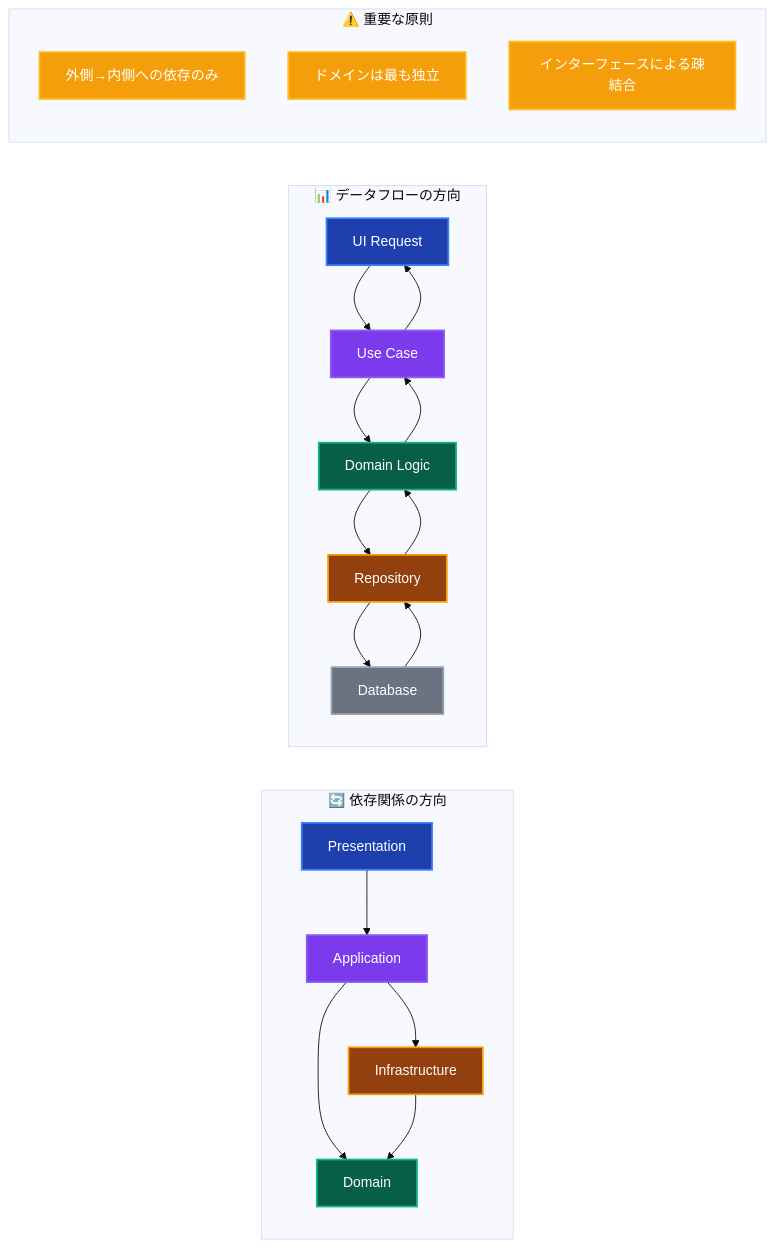
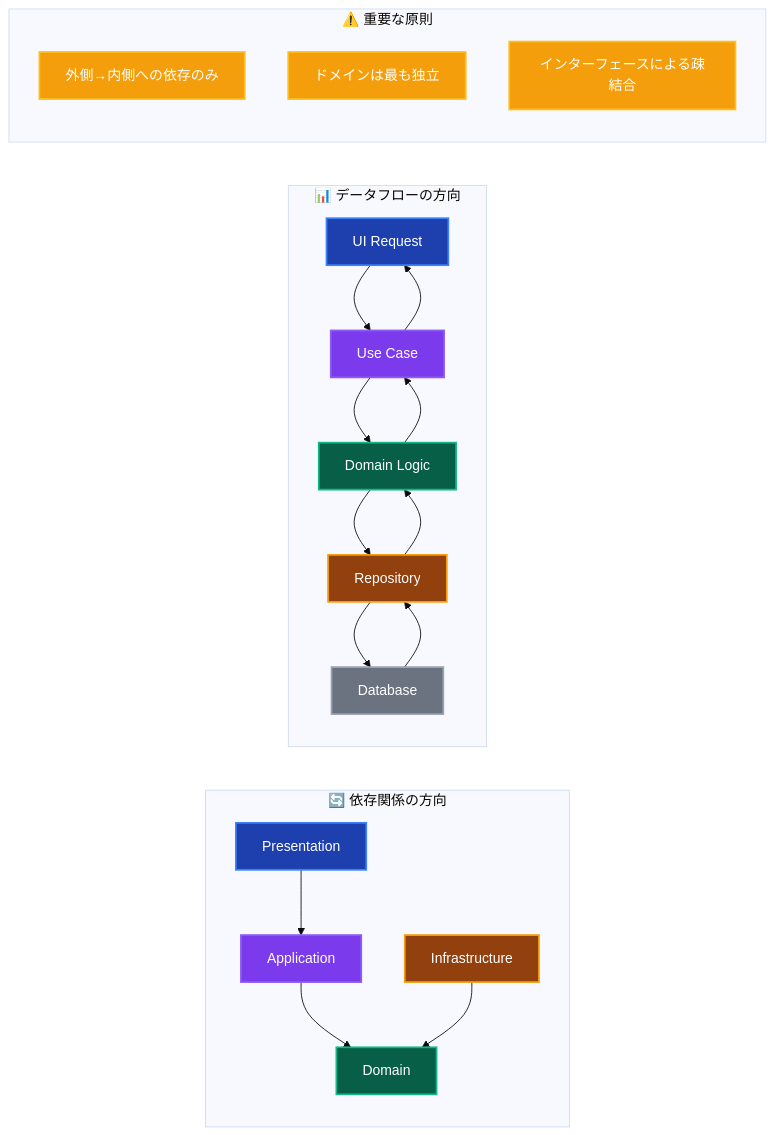
One commit to derushio/d-next-ddd-example changed the fourth of 18 diagrams in _DOCS/architecture/overview.md. Above: the diagram before and after it, drawn with Mermaid (base theme). The commit also changed other lines of this file and 102 other files, not shown here.

````diff
--- a/_DOCS/architecture/overview.md
+++ b/_DOCS/architecture/overview.md
@@ -190,39 +190,38 @@
 ```mermaid
 graph LR
     subgraph "🔄 依存関係の方向"
         P[Presentation] --> A[Application]
         A --> D[Domain]
-        A --> I[Infrastructure]
-        I --> D
+        I[Infrastructure] --> D
     end
 
     subgraph "📊 データフローの方向"
         UI[UI Request] --> UC[Use Case]
         UC --> DOMAIN[Domain Logic]
         DOMAIN --> REPO[Repository]
         REPO --> DB[Database]
         DB --> REPO
         REPO --> DOMAIN
         DOMAIN --> UC
         UC --> UI
     end
 
     subgraph "⚠️ 重要な原則"
         RULE1[外側→内側への依存のみ]
         RULE2[ドメインは最も独立]
         RULE3[インターフェースによる疎結合]
     end
 
     style P fill:#1e40af,stroke:#3b82f6,stroke-width:2px,color:#ffffff
     style A fill:#7c3aed,stroke:#8b5cf6,stroke-width:2px,color:#ffffff
     style D fill:#065f46,stroke:#10b981,stroke-width:2px,color:#ffffff
     style I fill:#92400e,stroke:#f59e0b,stroke-width:2px,color:#ffffff
     style UI fill:#1e40af,stroke:#3b82f6,stroke-width:2px,color:#ffffff
     style UC fill:#7c3aed,stroke:#8b5cf6,stroke-width:2px,color:#ffffff
     style DOMAIN fill:#065f46,stroke:#10b981,stroke-width:2px,color:#ffffff
     style REPO fill:#92400e,stroke:#f59e0b,stroke-width:2px,color:#ffffff
     style DB fill:#6b7280,stroke:#9ca3af,stroke-width:2px,color:#ffffff
     style RULE1 fill:#f59e0b,stroke:#fbbf24,stroke-width:2px,color:#ffffff
     style RULE2 fill:#f59e0b,stroke:#fbbf24,stroke-width:2px,color:#ffffff
     style RULE3 fill:#f59e0b,stroke:#fbbf24,stroke-width:2px,color:#ffffff
 ```
````
